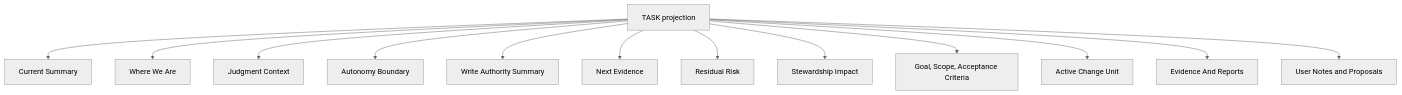
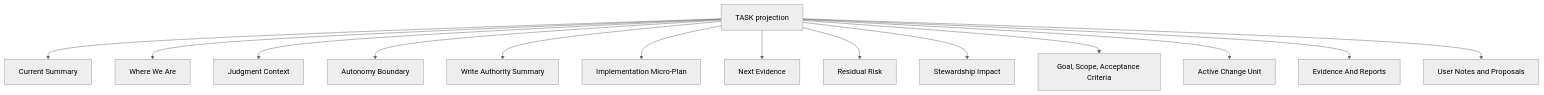
Before and after one commit to minjungw00/Harness_Project: the third of 6 diagrams in docs/ko/appendix/A-template-library.md, drawn with Mermaid (neutral theme). The commit also changed other lines of this file and 7 other files, not shown here.

Commit message:
docs: add projection-only implementation micro-plan section

````diff
--- a/docs/ko/appendix/A-template-library.md
+++ b/docs/ko/appendix/A-template-library.md
@@ -46,15 +48,16 @@
 ```mermaid
 flowchart TD
   TASK["TASK projection"] --> Current["Current Summary"]
   TASK --> Where["Where We Are"]
   TASK --> Judgment["Judgment Context"]
   TASK --> Autonomy["Autonomy Boundary"]
   TASK --> Write["Write Authority Summary"]
+  TASK --> MicroPlan["Implementation Micro-Plan"]
   TASK --> Evidence["Next Evidence"]
   TASK --> Risk["Residual Risk"]
   TASK --> Stewardship["Stewardship Impact"]
   TASK --> Scope["Goal, Scope, Acceptance Criteria"]
   TASK --> CU["Active Change Unit"]
   TASK --> Reports["Evidence And Reports"]
   TASK --> Notes["User Notes and Proposals"]
 ```
````
